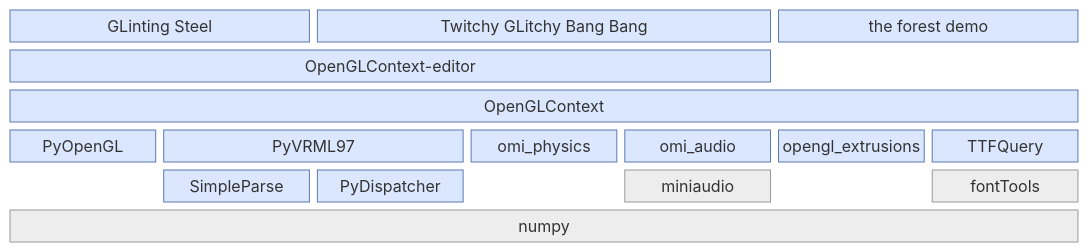
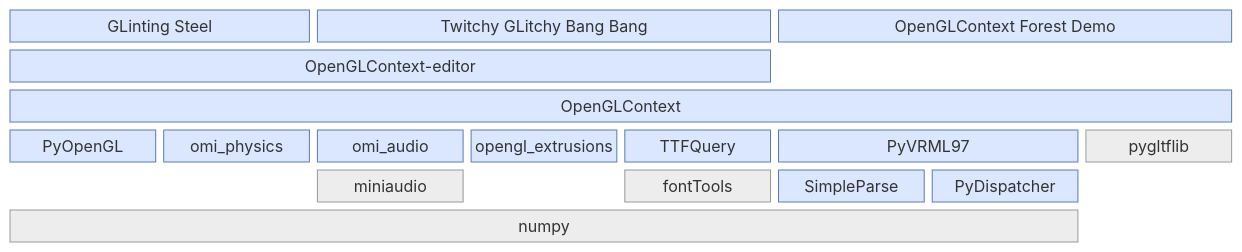
Before and after one commit to mcfletch/openglcontext: the diagram in docs/structure.rst, drawn with Mermaid. The commit also changed other lines of this file, not shown here.

First line of the commit message:
DOCS The layer diagram carries both file formats

```diff
--- a/docs/structure.rst
+++ b/docs/structure.rst
@@ -9,36 +10,38 @@
 .. mermaid::
 
    block-beta
-       columns 7
+       columns 8
 
        glisteel["GLinting Steel"]:2
        twig["Twitchy GLitchy Bang Bang"]:3
-       forest["the forest demo"]:2
+       forest["OpenGLContext Forest Demo"]:3
 
        editor["OpenGLContext-editor"]:5
-       space:2
+       space:3
 
-       oglc["OpenGLContext"]:7
+       oglc["OpenGLContext"]:8
 
        pyopengl["PyOpenGL"]:1
-       vrml["PyVRML97"]:2
        omip["omi_physics"]:1
        omia["omi_audio"]:1
        ext["opengl_extrusions"]:1
        ttf["TTFQuery"]:1
+       vrml["PyVRML97"]:2
+       gltflib["pygltflib"]:1
 
+       space:2
+       mini["miniaudio"]:1
        space:1
+       fonttools["fontTools"]:1
        simple["SimpleParse"]:1
        dispatch["PyDispatcher"]:1
        space:1
-       mini["miniaudio"]:1
-       space:1
-       fonttools["fontTools"]:1
 
        numpy["numpy"]:7
+       space:1
 
        classDef ours fill:#dbe7ff,stroke:#5a7ab5,color:#111
        classDef third fill:#ededed,stroke:#999999,color:#111
 
        class glisteel,twig,forest,editor,oglc,pyopengl,vrml,omip,omia,ext,ttf,simple,dispatch ours
-       class mini,fonttools,numpy third
+       class mini,fonttools,gltflib,numpy third
```
